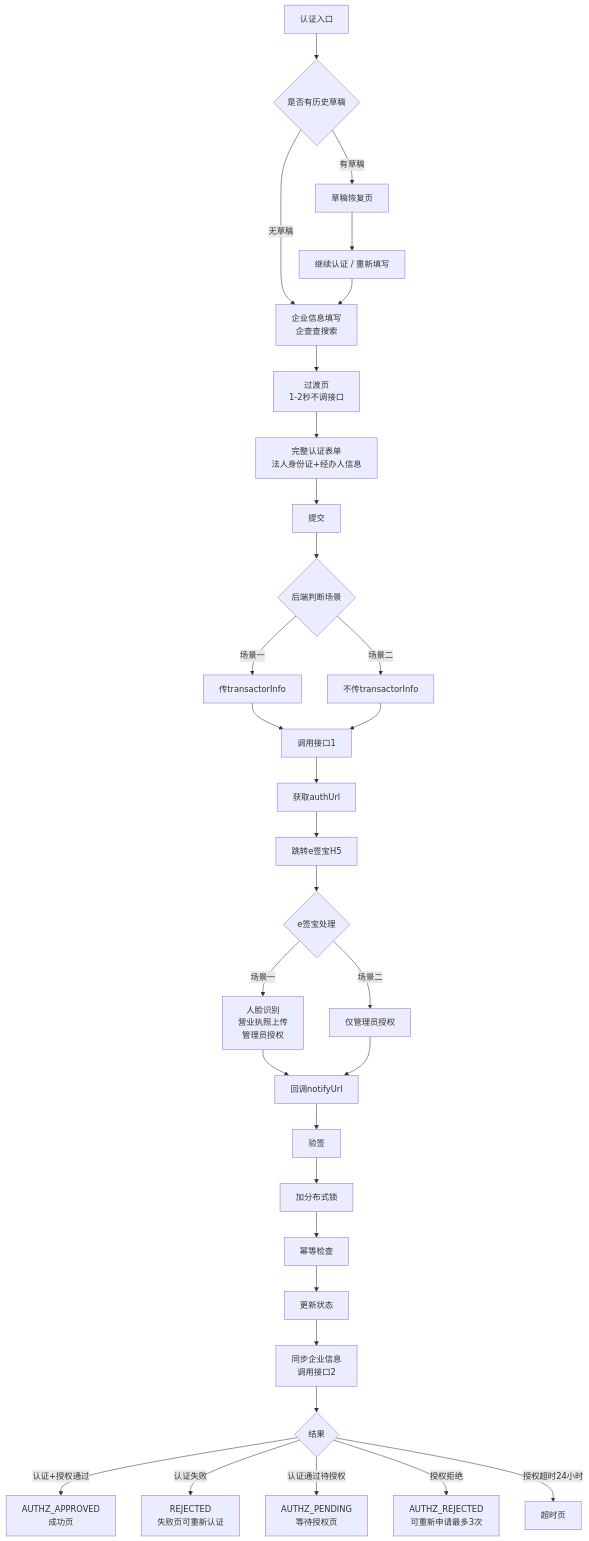
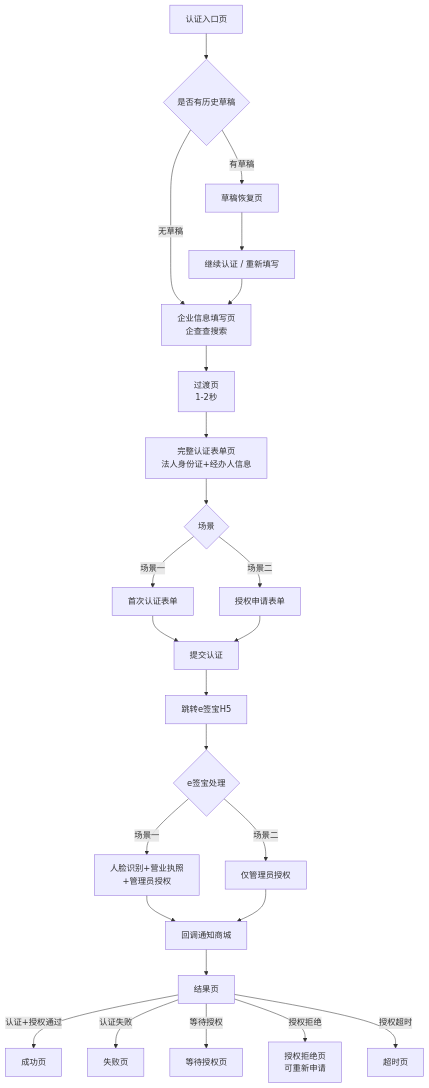
The diagram in PRD模板规范版v1.0.md (Connie-316/enterprise-auth-docs), drawn with Mermaid before and after one commit. The commit also changed other lines of this file, not shown here.

````diff
--- a/PRD模板规范版v1.0.md
+++ b/PRD模板规范版v1.0.md
@@ -71,47 +34,40 @@
 ```mermaid
 flowchart TD
-    A[认证入口] --> B{是否有历史草稿}
+    A[认证入口页] --> B{是否有历史草稿}
 
     B -->|有草稿| C[草稿恢复页]
-    B -->|无草稿| D[企业信息填写<br/>企查查搜索]
+    B -->|无草稿| D[企业信息填写页<br/>企查查搜索]
 
     C --> E[继续认证 / 重新填写]
     E --> D
 
-    D --> F[过渡页<br/>1-2秒不调接口]
-    F --> G[完整认证表单<br/>法人身份证+经办人信息]
+    D --> F[过渡页<br/>1-2秒]
 
-    G --> H[提交]
-    H --> I{后端判断场景}
+    F --> G[完整认证表单页<br/>法人身份证+经办人信息]
 
-    I -->|场景一| J[传transactorInfo]
-    I -->|场景二| K[不传transactorInfo]
+    G --> H{场景}
 
-    J --> L[调用接口1]
-    K --> L
+    H -->|场景一| I[首次认证表单]
+    H -->|场景二| J[授权申请表单]
 
-    L --> M[获取authUrl]
-    M --> N[跳转e签宝H5]
+    I --> K[提交认证]
+    J --> K
 
-    N --> O{e签宝处理}
+    K --> L[跳转e签宝H5]
 
-    O -->|场景一| P[人脸识别<br/>营业执照上传<br/>管理员授权]
-    O -->|场景二| Q[仅管理员授权]
+    L --> M{e签宝处理}
 
-    P --> R[回调notifyUrl]
-    Q --> R
+    M -->|场景一| N[人脸识别+营业执照<br/>+管理员授权]
+    M -->|场景二| O[仅管理员授权]
 
-    R --> S[验签]
-    S --> T[加分布式锁]
-    T --> U[幂等检查]
-    U --> V[更新状态]
-    V --> W[同步企业信息<br/>调用接口2]
+    N --> P[回调通知商城]
+    O --> P
 
-    W --> X{结果}
+    P --> Q[结果页]
 
-    X -->|认证+授权通过| Y[AUTHZ_APPROVED<br/>成功页]
-    X -->|认证失败| Z[REJECTED<br/>失败页可重新认证]
-    X -->|认证通过待授权| AA[AUTHZ_PENDING<br/>等待授权页]
-    X -->|授权拒绝| AB[AUTHZ_REJECTED<br/>可重新申请最多3次]
-    X -->|授权超时24小时| AC[超时页]
+    Q -->|认证+授权通过| R[成功页]
+    Q -->|认证失败| S[失败页]
+    Q -->|等待授权| T[等待授权页]
+    Q -->|授权拒绝| U[授权拒绝页<br/>可重新申请]
+    Q -->|授权超时| V[超时页]
 ```
````
